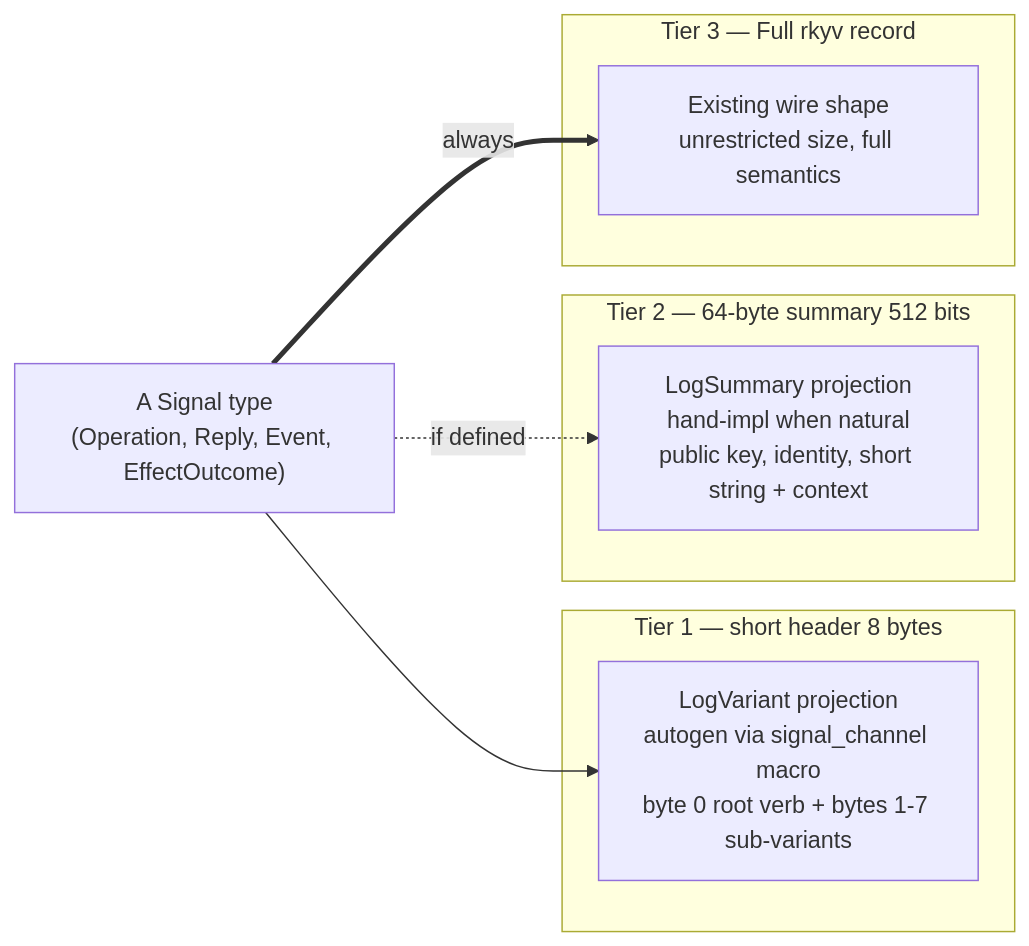
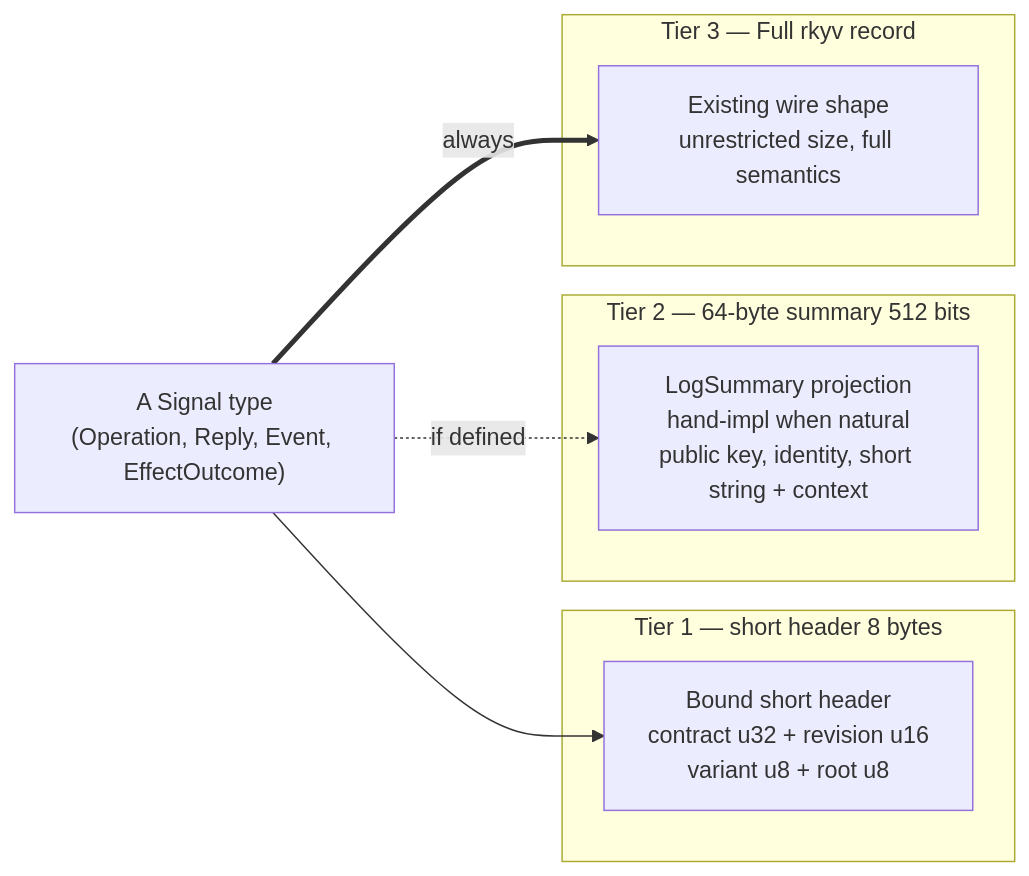
The second of 3 diagrams in ARCHITECTURE.md (LiGoldragon/signal-frame), drawn with Mermaid before and after one commit. The commit also changed other lines of this file and 12 other files, not shown here.

Commit message:
signal-frame: bind short headers to wire contracts

````diff
--- a/ARCHITECTURE.md
+++ b/ARCHITECTURE.md
@@ -246,20 +249,20 @@
 ```mermaid
 flowchart LR
     signal_type["A Signal type<br/>(Operation, Reply, Event, EffectOutcome)"]
 
     subgraph tier_one [Tier 1 — short header 8 bytes]
-        tier_one_node["LogVariant projection<br/>autogen via signal_channel macro<br/>byte 0 root verb + bytes 1-7 sub-variants"]
+        tier_one_node["Bound short header<br/>contract u32 + revision u16<br/>variant u8 + root u8"]
     end
 
     subgraph tier_two [Tier 2 — 64-byte summary 512 bits]
         tier_two_node["LogSummary projection<br/>hand-impl when natural<br/>public key, identity, short string + context"]
     end
 
     subgraph tier_three [Tier 3 — Full rkyv record]
         tier_three_node["Existing wire shape<br/>unrestricted size, full semantics"]
     end
 
     signal_type --> tier_one_node
     signal_type -.->|if defined| tier_two_node
     signal_type ==>|always| tier_three_node
 ```
````
